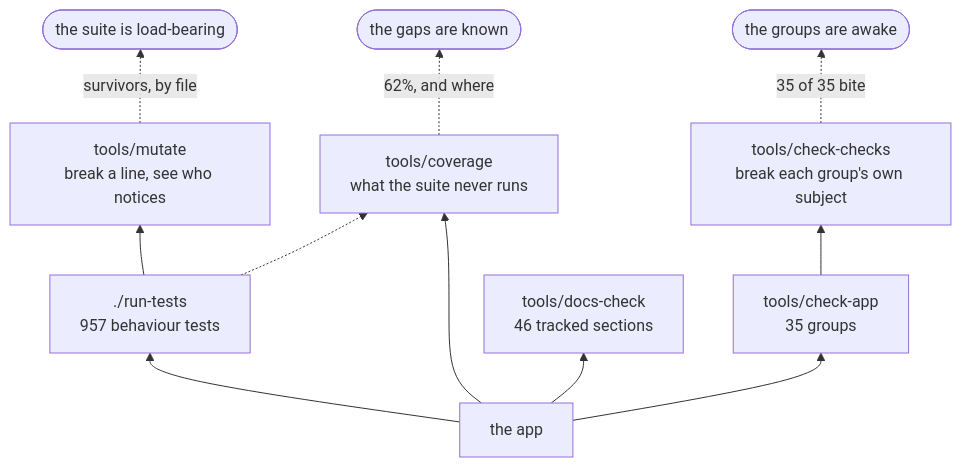
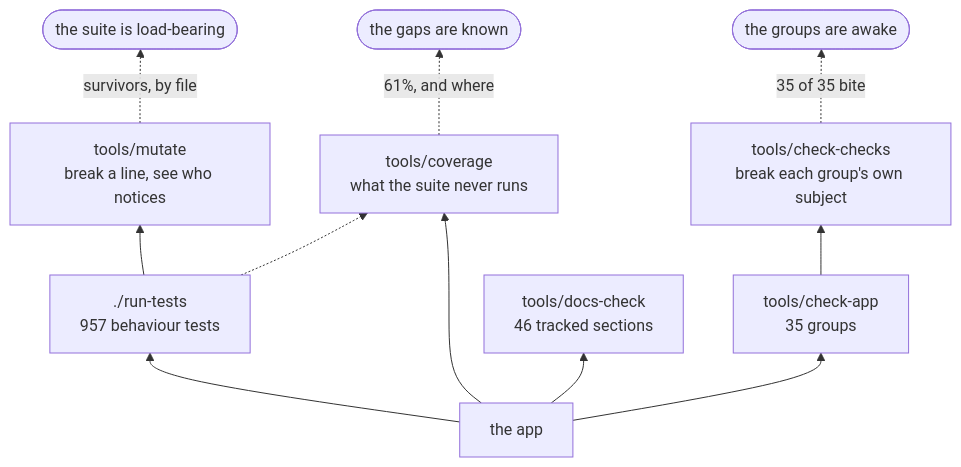
One commit to minormending/crystal-pilot-mobile changed the second of 3 diagrams in docs/DEVELOPING.md. Above: the diagram before and after it, drawn with Mermaid. The commit also changed 9 other files, not shown here.

````diff
--- a/docs/DEVELOPING.md
+++ b/docs/DEVELOPING.md
@@ -128,13 +128,13 @@
 ```mermaid
 flowchart BT
     C["the app"] --> T["./run-tests<br/>957 behaviour tests"]
     C --> A["tools/check-app<br/>35 groups"]
     C --> D["tools/docs-check<br/>46 tracked sections"]
     C --> V["tools/coverage<br/>what the suite never runs"]
     T --> M["tools/mutate<br/>break a line, see who notices"]
     A --> K["tools/check-checks<br/>break each group's own subject"]
     T -.-> V
     M -.->|"survivors, by file"| R(["the suite is load-bearing"])
     K -.->|"35 of 35 bite"| R2(["the groups are awake"])
-    V -.->|"62%, and where"| R3(["the gaps are known"])
+    V -.->|"61%, and where"| R3(["the gaps are known"])
 ```
````
